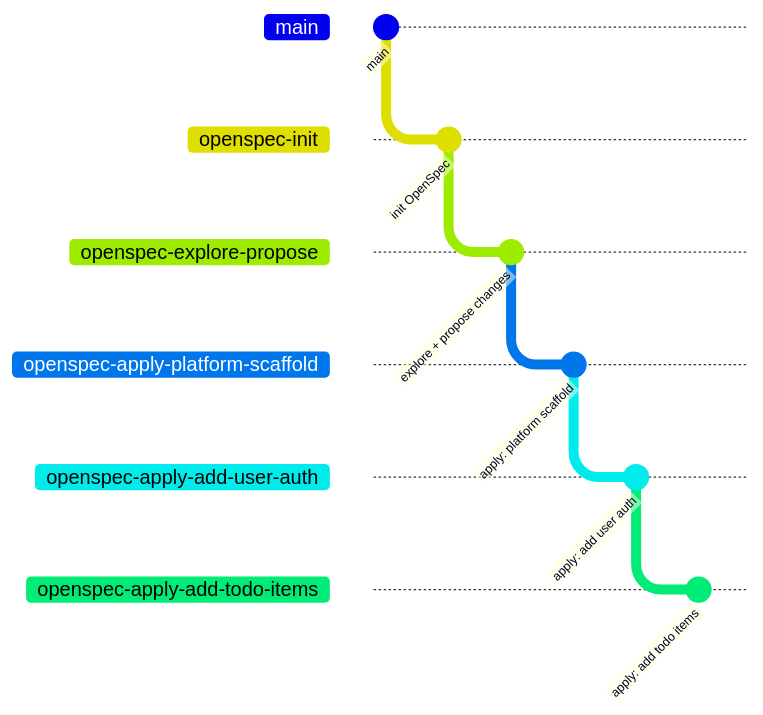
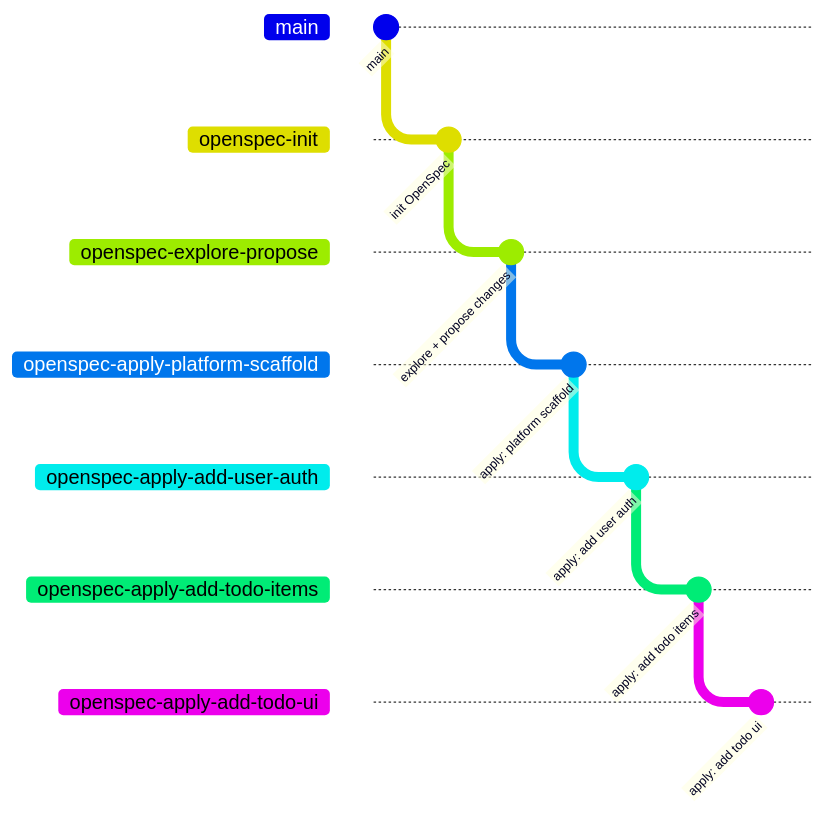
One commit to fr4gus/demo-todo-list-openspec changed the diagram in README.md. Above: the diagram before and after it, drawn with Mermaid. The commit also changed other lines of this file, not shown here.

Commit message:
Add todo-ui branch to README branch graph

````diff
--- a/README.md
+++ b/README.md
@@ -103,14 +103,16 @@
 ```mermaid
 gitGraph
     commit id: "main"
     branch openspec-init
     commit id: "init OpenSpec"
     branch openspec-explore-propose
     commit id: "explore + propose changes"
     branch openspec-apply-platform-scaffold
     commit id: "apply: platform scaffold"
     branch openspec-apply-add-user-auth
     commit id: "apply: add user auth"
     branch openspec-apply-add-todo-items
     commit id: "apply: add todo items"
+    branch openspec-apply-add-todo-ui
+    commit id: "apply: add todo ui"
 ```
````
